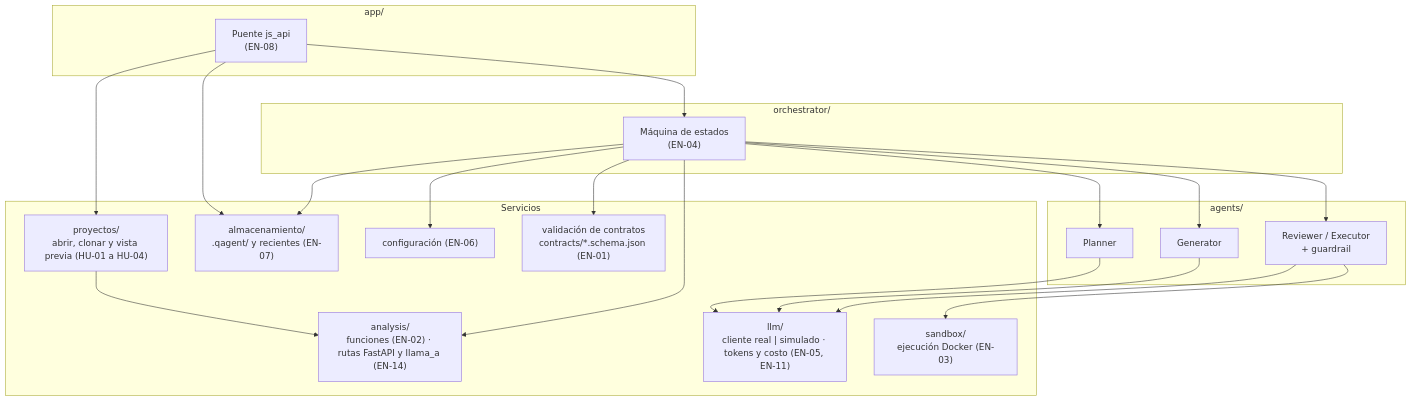
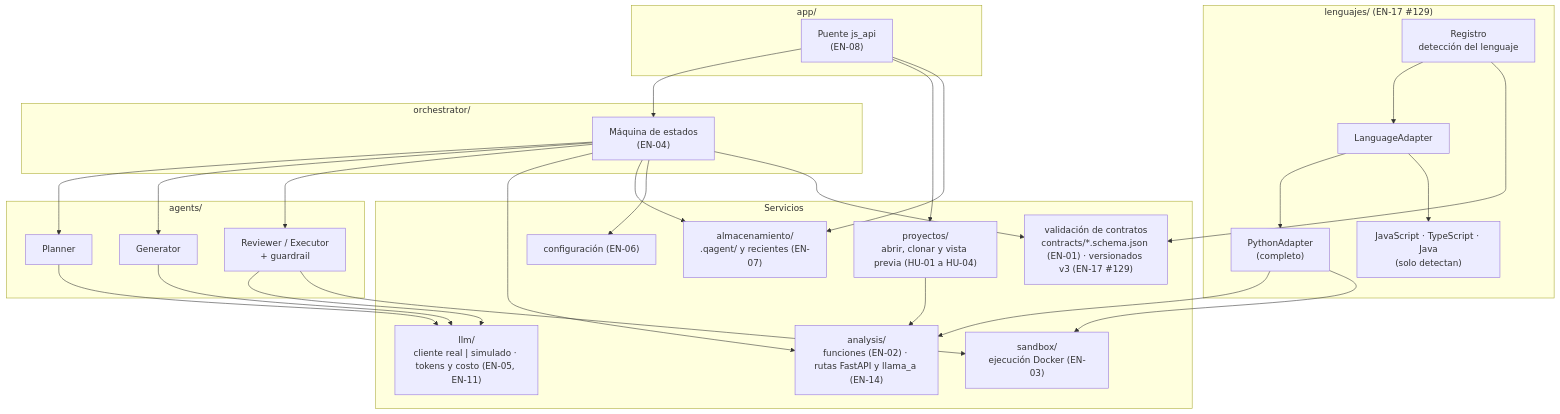
The third of 11 diagrams in docs/arquitectura.md (AngelOncoy/QAgent), drawn with Mermaid before and after one commit. The commit also changed other lines of this file and 4 other files, not shown here.

First line of the commit message:
docs(EN-17): ADR-007, guía de adaptadores y diagrama de componentes

````diff
--- a/docs/arquitectura.md
+++ b/docs/arquitectura.md
@@ -125,31 +125,41 @@
 ```mermaid
 flowchart TB
     subgraph APPL["app/"]
         BRIDGE["Puente js_api<br/>(EN-08)"]
     end
     subgraph ORCH["orchestrator/"]
         ORQ["Máquina de estados<br/>(EN-04)"]
     end
     subgraph AGENTS["agents/"]
         PL["Planner"]
         GE["Generator"]
         RE["Reviewer / Executor<br/>+ guardrail"]
     end
     subgraph SERV["Servicios"]
         AN["analysis/<br/>funciones (EN-02) · rutas FastAPI y llama_a (EN-14)"]
         PRY["proyectos/<br/>abrir, clonar y vista previa (HU-01 a HU-04)"]
         LLM["llm/<br/>cliente real | simulado · tokens y costo (EN-05, EN-11)"]
         SBX["sandbox/<br/>ejecución Docker (EN-03)"]
         STO["almacenamiento/<br/>.qagent/ y recientes (EN-07)"]
         CFG["configuración (EN-06)"]
-        CON["validación de contratos<br/>contracts/*.schema.json (EN-01)"]
+        CON["validación de contratos<br/>contracts/*.schema.json (EN-01) · versionados v3 (EN-17 #129)"]
+    end
+    subgraph LEN["lenguajes/ (EN-17 #129)"]
+        REG["Registro<br/>detección del lenguaje"]
+        LA["LanguageAdapter"]
+        PYA["PythonAdapter<br/>(completo)"]
+        OTR["JavaScript · TypeScript · Java<br/>(solo detectan)"]
     end
 
     BRIDGE --> ORQ
     BRIDGE --> PRY & STO
     PRY --> AN
     ORQ --> PL & GE & RE
     ORQ --> AN & STO & CFG & CON
     PL & GE & RE --> LLM
     RE --> SBX
+    REG --> LA
+    LA --> PYA & OTR
+    REG --> CON
+    PYA --> AN & SBX
 ```
````
